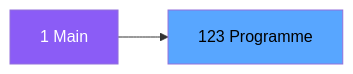
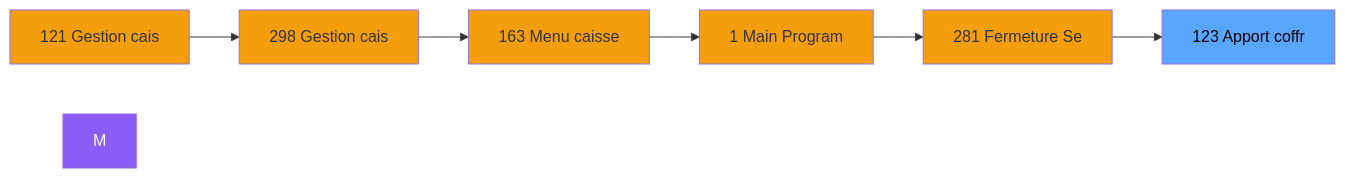
The second of 3 diagrams in .openspec/specs/ADH-IDE-123.md (thonyAGP/magic-migration), drawn with Mermaid before and after one commit. The commit also changed other lines of this file and 323 other files, not shown here.

````diff
--- a/.openspec/specs/ADH-IDE-123.md
+++ b/.openspec/specs/ADH-IDE-123.md
@@ -104,8 +118,21 @@
 ```mermaid
 graph LR
-    M[1 Main]
-    T[123 Programme]
-    M --> T
+    N121[121 Gestion cais]
+    N298[298 Gestion cais]
+    N163[163 Menu caisse ]
+    N1[1 Main Program]
+    N281[281 Fermeture Se]
+    T[123 Apport coffr]
+    N121 --> N298
+    N298 --> N163
+    N163 --> N1
+    N1 --> N281
+    N281 --> T
     style M fill:#8b5cf6,color:#fff
+    style N121 fill:#f59e0b
+    style N298 fill:#f59e0b
+    style N163 fill:#f59e0b
+    style N1 fill:#f59e0b
+    style N281 fill:#f59e0b
     style T fill:#58a6ff,color:#000
 ```
````
